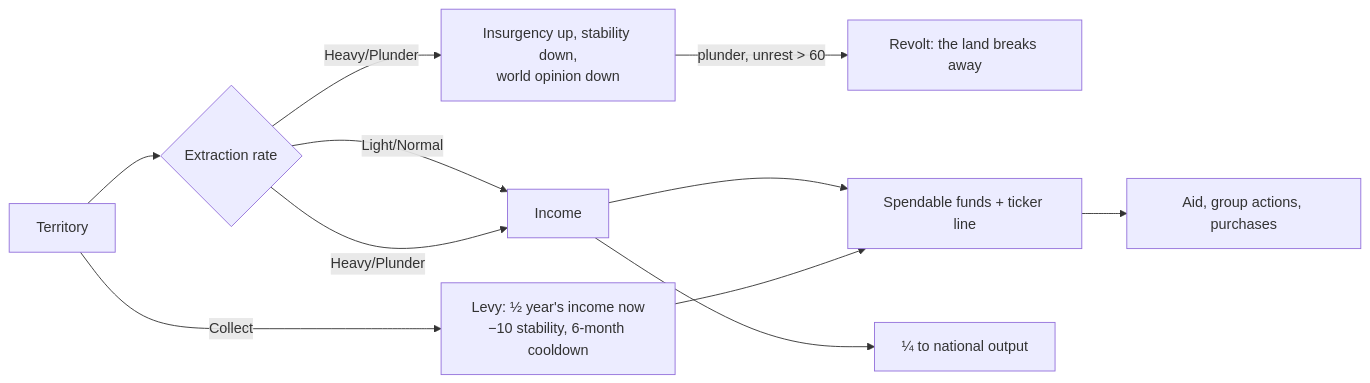
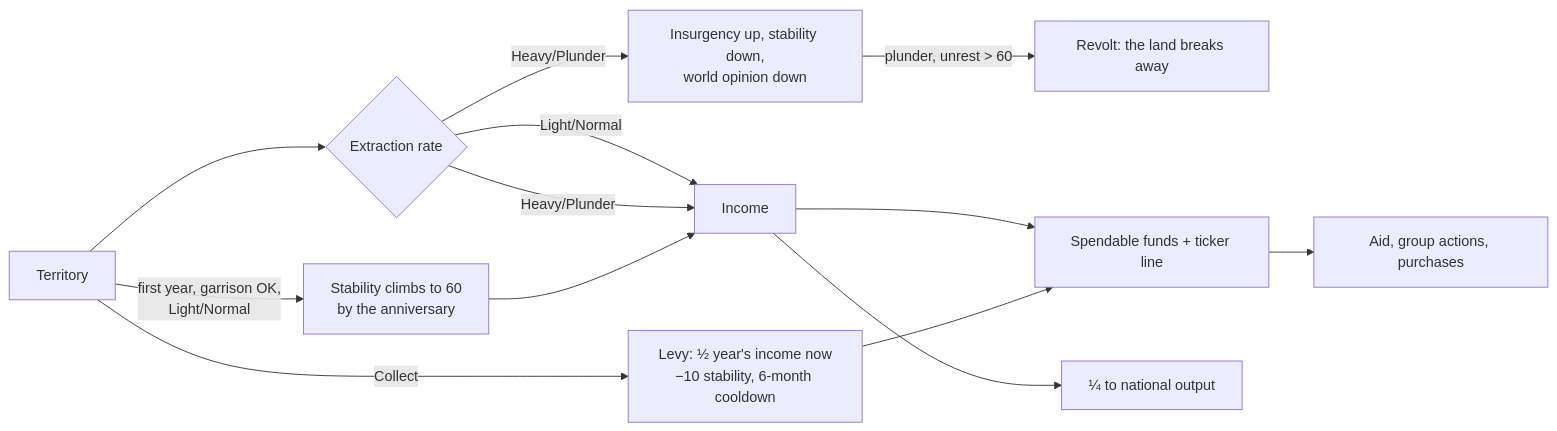
The second of 17 diagrams in README.md (kochj23/GTNW), drawn with Mermaid before and after one commit. The commit also changed other lines of this file and 4 other files, not shown here.

First line of the commit message:
fix: Calendar-month territory countdowns; first-year stability recovery (3.13.2)

````diff
--- a/README.md
+++ b/README.md
@@ -158,13 +161,15 @@
   ```mermaid
   flowchart LR
       T[Territory] --> R{Extraction rate}
       R -- Light/Normal --> I[Income]
       R -- Heavy/Plunder --> I
       R -- Heavy/Plunder --> U[Insurgency up, stability down,<br/>world opinion down]
       U -- plunder, unrest > 60 --> X[Revolt: the land breaks away]
       T -- Collect --> L[Levy: ½ year's income now<br/>−10 stability, 6-month cooldown]
+      T -- first year, garrison OK,<br/>Light/Normal --> Y[Stability climbs to 60<br/>by the anniversary]
+      Y --> I
       I --> F[Spendable funds + ticker line]
       L --> F
       I --> O[¼ to national output]
       F --> S[Aid, group actions, purchases]
   ```
````
